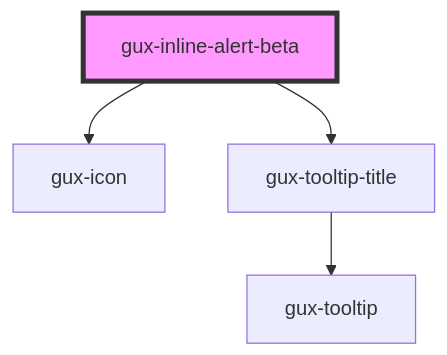
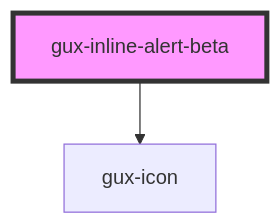
Before and after one commit to MyPureCloud/genesys-spark: the diagram in src/components/beta/gux-alert/readme.md, drawn with Mermaid. The commit also changed other lines of this file and 4 other files, not shown here.

First line of the commit message:
feat(inline-alert): allow text to wrap instead of truncating

````diff
--- a/src/components/beta/gux-alert/readme.md
+++ b/src/components/beta/gux-alert/readme.md
@@ -30,7 +29,5 @@
 ```mermaid
 graph TD;
   gux-inline-alert-beta --> gux-icon
-  gux-inline-alert-beta --> gux-tooltip-title
-  gux-tooltip-title --> gux-tooltip
   style gux-inline-alert-beta fill:#f9f,stroke:#333,stroke-width:4px
 ```
````
